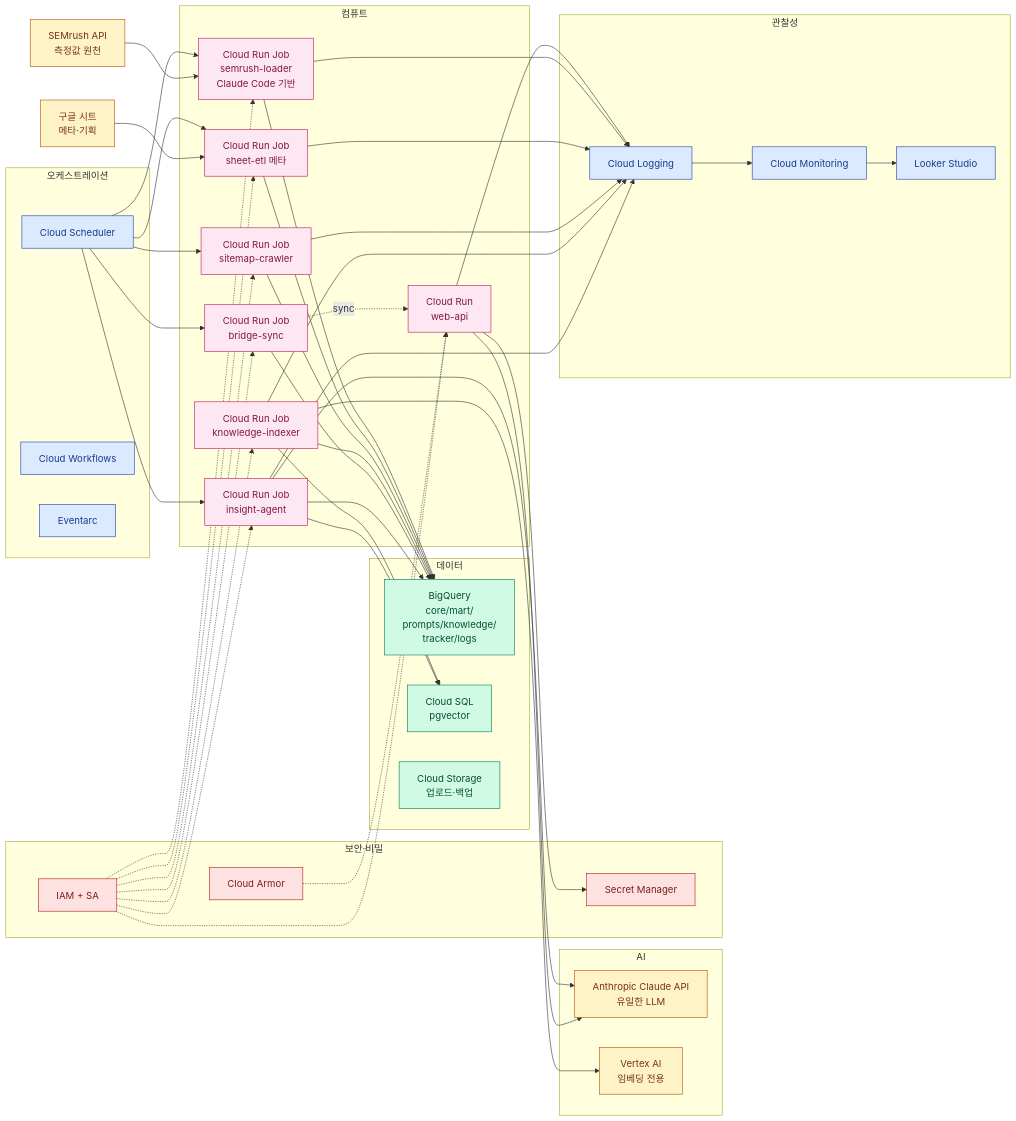
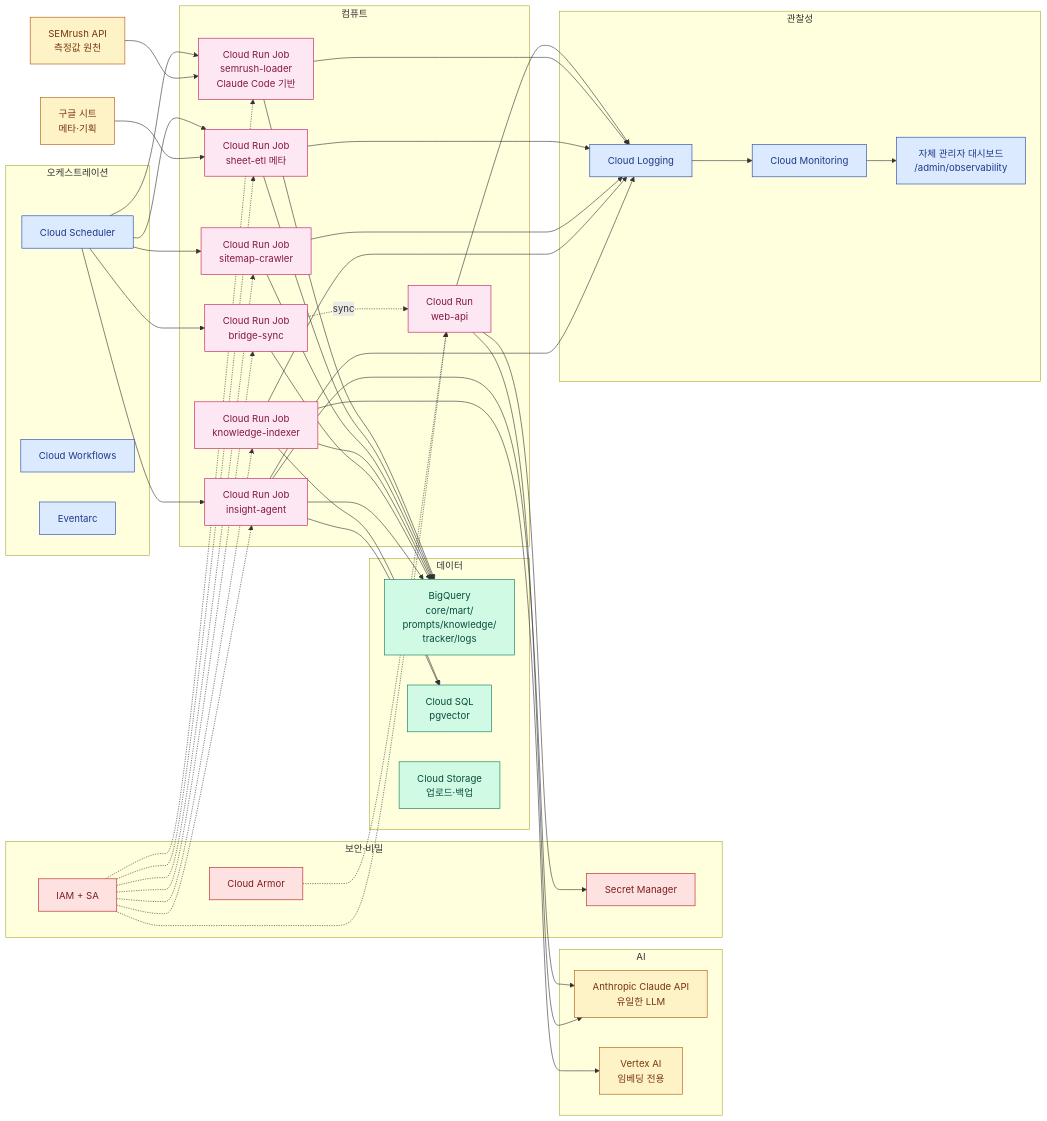
The diagram in docs/GCP_INFRA.md (mts8787-droid/my-geo-newsletter), drawn with Mermaid before and after one commit. The commit also changed other lines of this file and 1 other file, not shown here.

First line of the commit message:
docs: Looker Studio 제거 → 자체 관리자 대시보드 (/admin/observability)로 통일

````diff
--- a/docs/GCP_INFRA.md
+++ b/docs/GCP_INFRA.md
@@ -307,65 +307,65 @@
 ```mermaid
 flowchart LR
   classDef run fill:#FCE7F3,stroke:#BE185D,color:#831843
   classDef data fill:#D1FAE5,stroke:#047857,color:#064E3B
   classDef ai fill:#FEF3C7,stroke:#B45309,color:#78350F
   classDef ops fill:#DBEAFE,stroke:#1E40AF,color:#1E3A8A
   classDef sec fill:#FEE2E2,stroke:#B91C1C,color:#7F1D1D
 
   subgraph Compute["컴퓨트"]
     WebAPI[Cloud Run<br/>web-api]:::run
     SR[Cloud Run Job<br/>semrush-loader<br/>Claude Code 기반]:::run
     SE[Cloud Run Job<br/>sheet-etl 메타]:::run
     SC[Cloud Run Job<br/>sitemap-crawler]:::run
     KI[Cloud Run Job<br/>knowledge-indexer]:::run
     BR[Cloud Run Job<br/>bridge-sync]:::run
     IA[Cloud Run Job<br/>insight-agent]:::run
   end
 
   subgraph Data["데이터"]
     BQ[BigQuery<br/>core/mart/<br/>prompts/knowledge/<br/>tracker/logs]:::data
     SQL[Cloud SQL<br/>pgvector]:::data
     GCS[Cloud Storage<br/>업로드·백업]:::data
   end
 
   subgraph AI["AI"]
     Cl[Anthropic Claude API<br/>유일한 LLM]:::ai
     VA[Vertex AI<br/>임베딩 전용]:::ai
   end
 
   SEM[SEMrush API<br/>측정값 원천]:::ai
   Sheets[구글 시트<br/>메타·기획]:::ai
 
   subgraph Orch["오케스트레이션"]
     CS[Cloud Scheduler]:::ops
     CW[Cloud Workflows]:::ops
     Eventarc[Eventarc]:::ops
   end
 
   subgraph Sec["보안·비밀"]
     SM[Secret Manager]:::sec
     CA[Cloud Armor]:::sec
     IAM[IAM + SA]:::sec
   end
 
   subgraph Obs["관찰성"]
     Log[Cloud Logging]:::ops
     Mon[Cloud Monitoring]:::ops
-    LS[Looker Studio]:::ops
+    LS[자체 관리자 대시보드<br/>/admin/observability]:::ops
   end
 
   CS --> SR
   SEM --> SR --> BQ
   CS --> SE
   Sheets --> SE --> BQ
   CS --> SC --> BQ
   KI --> VA & SQL & BQ
   CS --> BR --> BQ
   BR -.sync.-> WebAPI
   CS --> IA --> Cl & BQ & SQL
   WebAPI --> Cl
   WebAPI --> SM
   WebAPI & SR & SE & SC & KI & IA --> Log --> Mon --> LS
   CA -.->WebAPI
   IAM -.->WebAPI & SR & SE & SC & KI & BR & IA
 ```
````
